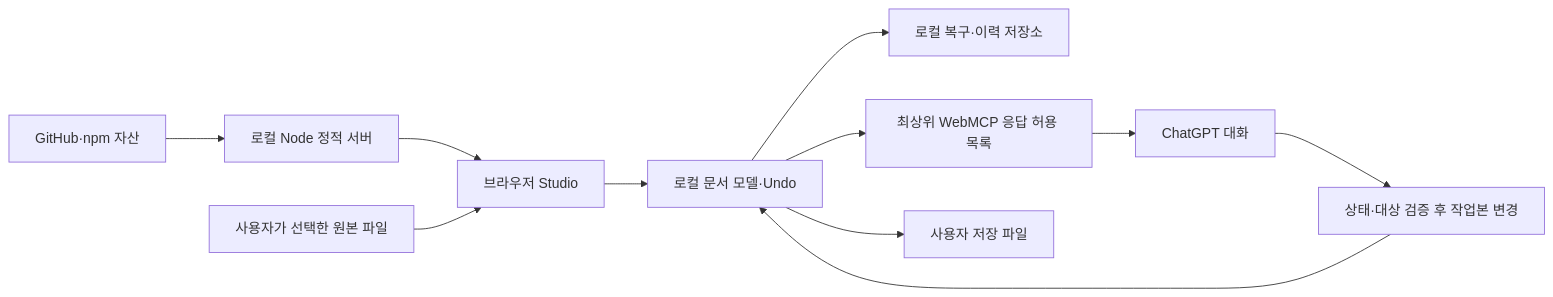
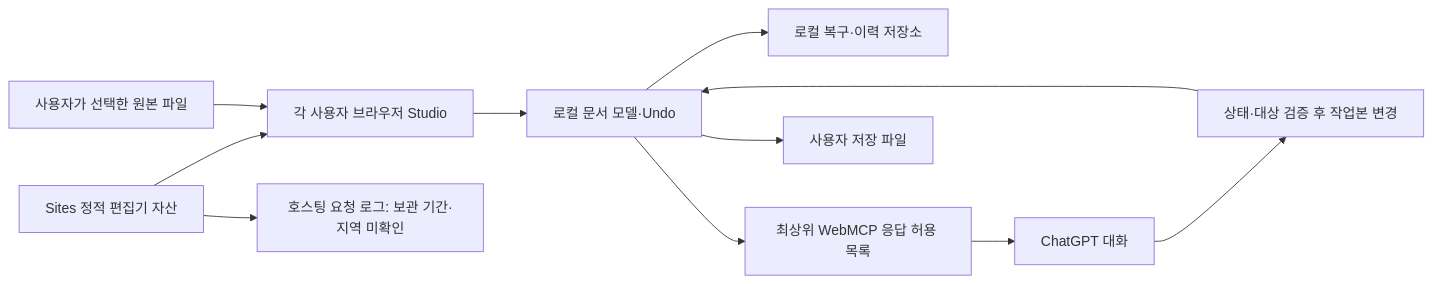
Before and after one commit to ajh1004ajh00/hwpx-desktop-plugin: the diagram in docs/DATA-POLICY.md, drawn with Mermaid. The commit also changed other lines of this file and 21 other files, not shown here.

````diff
--- a/docs/DATA-POLICY.md
+++ b/docs/DATA-POLICY.md
@@ -38,13 +39,13 @@
 ```mermaid
 flowchart LR
-  A[GitHub·npm 자산] --> B[로컬 Node 정적 서버]
-  B --> C[브라우저 Studio]
+  A[Sites 정적 편집기 자산] --> C[각 사용자 브라우저 Studio]
+  A --> H[호스팅 요청 로그: 보관 기간·지역 미확인]
   F[사용자가 선택한 원본 파일] --> C
   C --> D[로컬 문서 모델·Undo]
   D --> L[로컬 복구·이력 저장소]
   D --> W[최상위 WebMCP 응답 허용 목록]
   W --> G[ChatGPT 대화]
   G --> V[상태·대상 검증 후 작업본 변경]
   V --> D
   D --> S[사용자 저장 파일]
 ```
````
